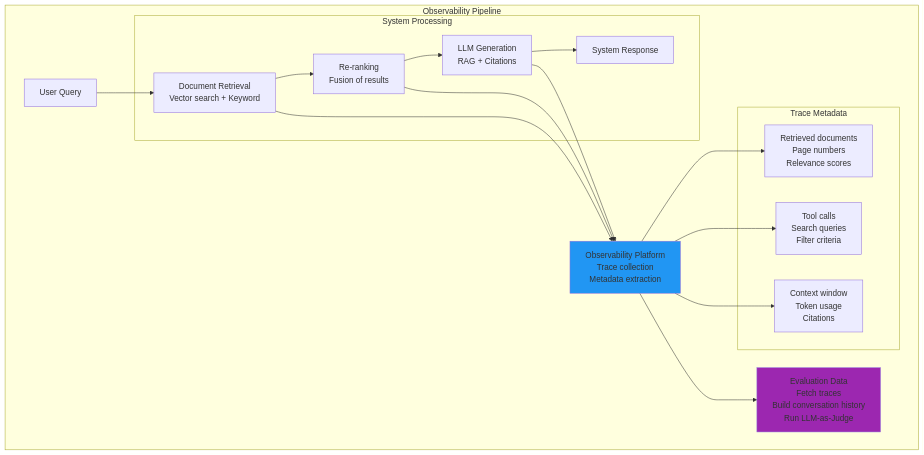
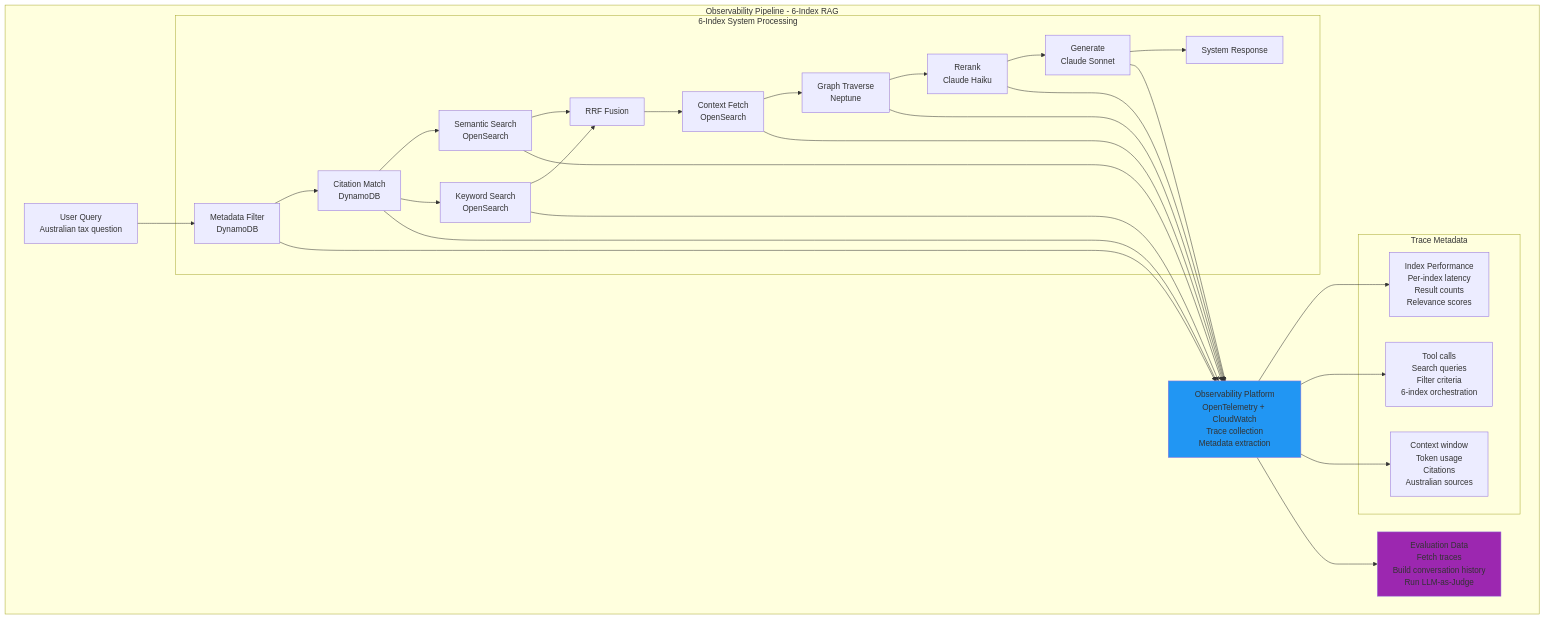
Before and after one commit to anguyenbus/case_chat: the seventh of 9 diagrams in case_assistant/system_design/05-evaluation-strategy.md, drawn with Mermaid. The commit also changed other lines of this file, not shown here.

Commit message:
[design] fix evaluation

````diff
--- a/case_assistant/system_design/05-evaluation-strategy.md
+++ b/case_assistant/system_design/05-evaluation-strategy.md
@@ -302,41 +498,59 @@
 ```mermaid
 graph TB
-    subgraph "Observability Pipeline"
-        QUERY[User Query]
+    subgraph "Observability Pipeline - 6-Index RAG"
+        QUERY[User Query<br/>Australian tax question]
 
-        subgraph "System Processing"
-            RETRIEVE[Document Retrieval<br>Vector search + Keyword]
-            RANK[Re-ranking<br>Fusion of results]
-            LLMM[LLM Generation<br>RAG + Citations]
+        subgraph "6-Index System Processing"
+            META[Metadata Filter<br/>DynamoDB]
+            CIT[Citation Match<br/>DynamoDB]
+            SEM[Semantic Search<br/>OpenSearch]
+            KW[Keyword Search<br/>OpenSearch]
+            CTX[Context Fetch<br/>OpenSearch]
+            GRAPH[Graph Traverse<br/>Neptune]
+            FUSION[RRF Fusion]
+            RERANK[Rerank<br/>Claude Haiku]
+            LLMM[Generate<br/>Claude Sonnet]
             RESPONSE[System Response]
         end
 
-        TRACE[Observability Platform<br>Trace collection<br>Metadata extraction]
+        TRACE[Observability Platform<br/>OpenTelemetry + CloudWatch<br/>Trace collection<br/>Metadata extraction]
 
         subgraph "Trace Metadata"
-            META_RETRIEVE[Retrieved documents<br>Page numbers<br>Relevance scores]
-            META_TOOLS[Tool calls<br>Search queries<br>Filter criteria]
-            META_CONTEXT[Context window<br>Token usage<br>Citations]
+            META_INDEX[Index Performance<br/>Per-index latency<br/>Result counts<br/>Relevance scores]
+            META_TOOLS[Tool calls<br/>Search queries<br/>Filter criteria<br/>6-index orchestration]
+            META_CONTEXT[Context window<br/>Token usage<br/>Citations<br/>Australian sources]
         end
 
-        EVAL[Evaluation Data<br>Fetch traces<br>Build conversation history<br>Run LLM-as-Judge]
+        EVAL[Evaluation Data<br/>Fetch traces<br/>Build conversation history<br/>Run LLM-as-Judge]
     end
 
-    QUERY --> RETRIEVE
-    RETRIEVE --> RANK
-    RANK --> LLMM
+    QUERY --> META
+    META --> CIT
+    CIT --> SEM
+    CIT --> KW
+    SEM --> FUSION
+    KW --> FUSION
+    FUSION --> CTX
+    CTX --> GRAPH
+    GRAPH --> RERANK
+    RERANK --> LLMM
     LLMM --> RESPONSE
 
-    RETRIEVE --> TRACE
-    RANK --> TRACE
+    META --> TRACE
+    CIT --> TRACE
+    SEM --> TRACE
+    KW --> TRACE
+    CTX --> TRACE
+    GRAPH --> TRACE
+    RERANK --> TRACE
     LLMM --> TRACE
 
-    TRACE --> META_RETRIEVE
+    TRACE --> META_INDEX
     TRACE --> META_TOOLS
     TRACE --> META_CONTEXT
 
     TRACE --> EVAL
 
     style TRACE fill:#2196F3
     style EVAL fill:#9C27B0
 ```
````
